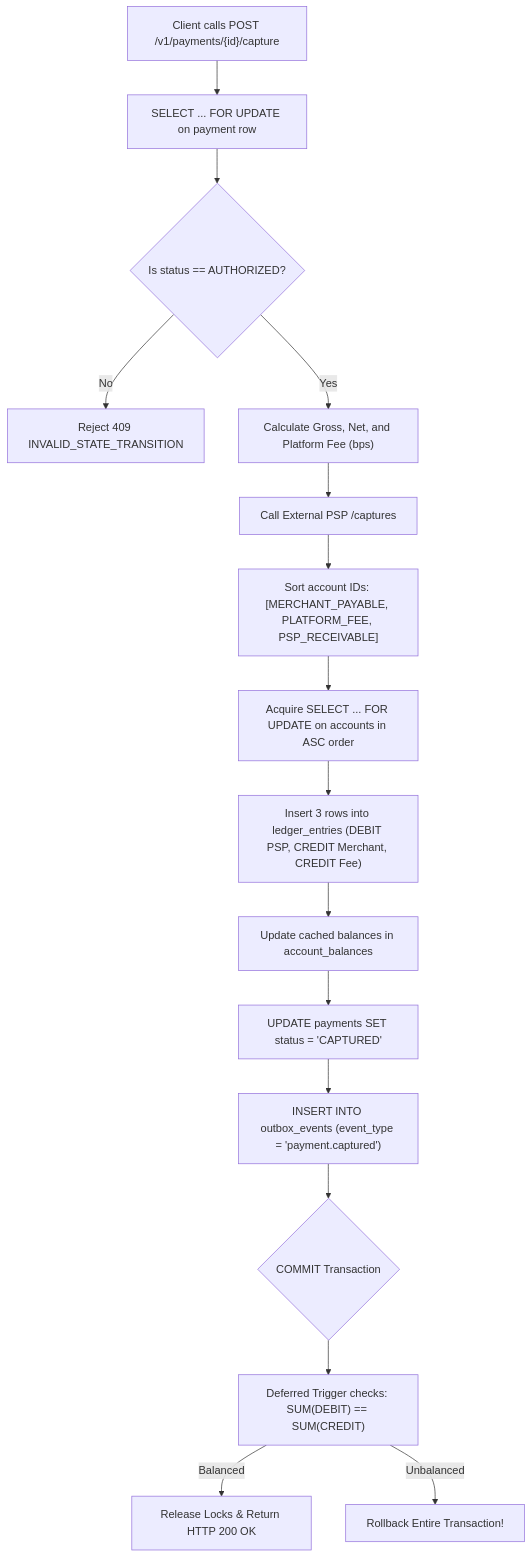
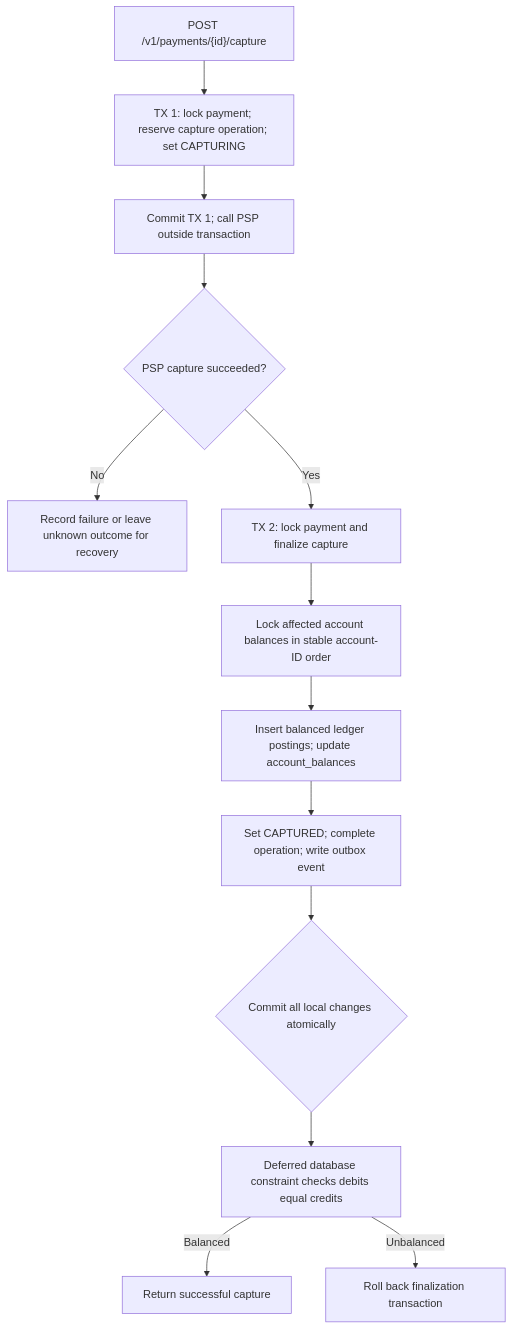
Before and after one commit to nrahil/Paycore-Ledger: the second of 3 diagrams in README.md, drawn with Mermaid. The commit also changed other lines of this file and 62 other files, not shown here.

````diff
--- a/README.md
+++ b/README.md
@@ -596,18 +584,15 @@
 ```mermaid
 flowchart TD
-    Start["Client calls POST /v1/payments/{id}/capture"] --> Lock["SELECT ... FOR UPDATE on payment row"]
-    Lock --> CheckState{"Is status == AUTHORIZED?"}
-    CheckState -- No --> Reject["Reject 409 INVALID_STATE_TRANSITION"]
-    CheckState -- Yes --> Calc["Calculate Gross, Net, and Platform Fee (bps)"]
-    Calc --> PSPCap["Call External PSP /captures"]
-    PSPCap --> SortLock["Sort account IDs: [MERCHANT_PAYABLE, PLATFORM_FEE, PSP_RECEIVABLE]"]
-    SortLock --> LockAccounts["Acquire SELECT ... FOR UPDATE on accounts in ASC order"]
-    LockAccounts --> PostLedger["Insert 3 rows into ledger_entries (DEBIT PSP, CREDIT Merchant, CREDIT Fee)"]
-    PostLedger --> UpdateBal["Update cached balances in account_balances"]
-    UpdateBal --> UpdatePay["UPDATE payments SET status = 'CAPTURED'"]
-    UpdatePay --> WriteOutbox["INSERT INTO outbox_events (event_type = 'payment.captured')"]
-    WriteOutbox --> Commit{"COMMIT Transaction"}
-    Commit --> DeferredTrigger["Deferred Trigger checks: SUM(DEBIT) == SUM(CREDIT)"]
-    DeferredTrigger -- Balanced --> Success["Release Locks & Return HTTP 200 OK"]
-    DeferredTrigger -- Unbalanced --> Abort["Rollback Entire Transaction!"]
+    Start["POST /v1/payments/{id}/capture"] --> Claim["TX 1: lock payment; reserve capture operation; set CAPTURING"]
+    Claim --> PSP["Commit TX 1; call PSP outside transaction"]
+    PSP --> Outcome{"PSP capture succeeded?"}
+    Outcome -- No --> Fail["Record failure or leave unknown outcome for recovery"]
+    Outcome -- Yes --> Finalize["TX 2: lock payment and finalize capture"]
+    Finalize --> Accounts["Lock affected account balances in stable account-ID order"]
+    Accounts --> Entries["Insert balanced ledger postings; update account_balances"]
+    Entries --> State["Set CAPTURED; complete operation; write outbox event"]
+    State --> Commit{"Commit all local changes atomically"}
+    Commit --> Check["Deferred database constraint checks debits equal credits"]
+    Check -- Balanced --> Success["Return successful capture"]
+    Check -- Unbalanced --> Abort["Roll back finalization transaction"]
 ```
````
